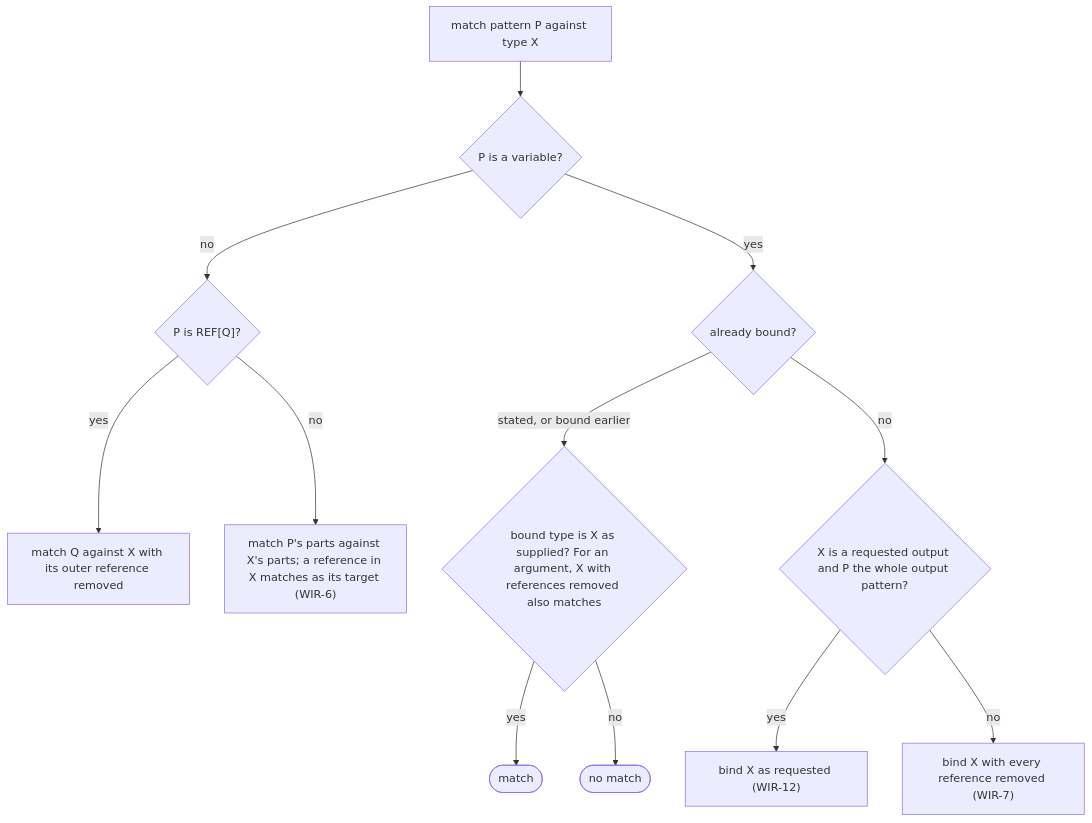
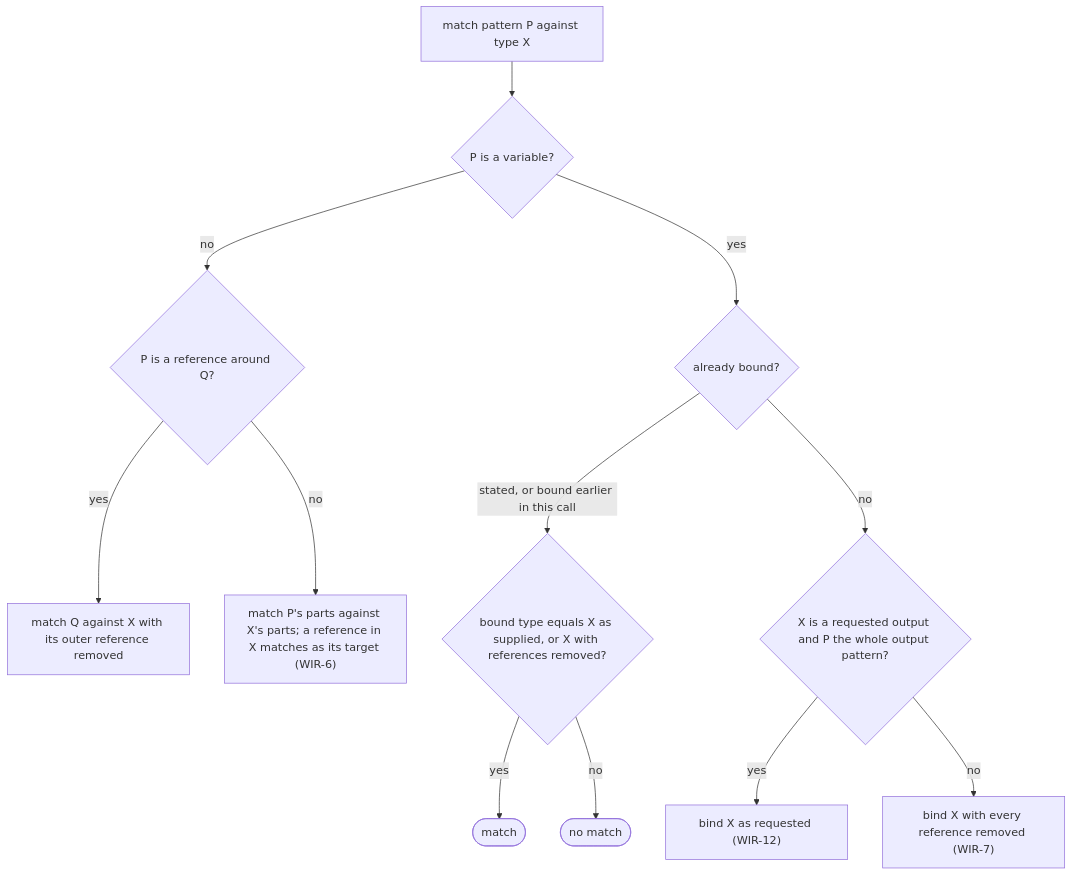
The fourth of 5 diagrams in wiring/wiring.md (hhenson/hgraph_spec), drawn with Mermaid before and after one commit. The commit also changed other lines of this file and 10 other files, not shown here.

````diff
--- a/wiring/wiring.md
+++ b/wiring/wiring.md
@@ -212,14 +245,14 @@
 ```mermaid
 flowchart TD
     M["match pattern P against type X"] --> V{"P is a variable?"}
-    V -- "no" --> REF{"P is REF[Q]?"}
+    V -- "no" --> REF{"P is a reference around Q?"}
     REF -- "yes" --> Q["match Q against X with its outer reference removed"]
     REF -- "no" --> ST["match P's parts against X's parts; a reference in X matches as its target (WIR-6)"]
     V -- "yes" --> B{"already bound?"}
-    B -- "stated, or bound earlier" --> E{"bound type is X as supplied? For an argument, X with references removed also matches"}
+    B -- "stated, or bound earlier in this call" --> E{"bound type equals X as supplied, or X with references removed?"}
     E -- "yes" --> OK(["match"])
     E -- "no" --> NO(["no match"])
     B -- "no" --> O{"X is a requested output and P the whole output pattern?"}
     O -- "yes" --> BV["bind X as requested (WIR-12)"]
     O -- "no" --> BD["bind X with every reference removed (WIR-7)"]
 ```
````
